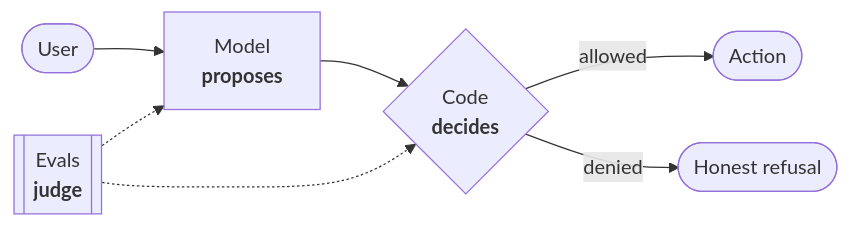
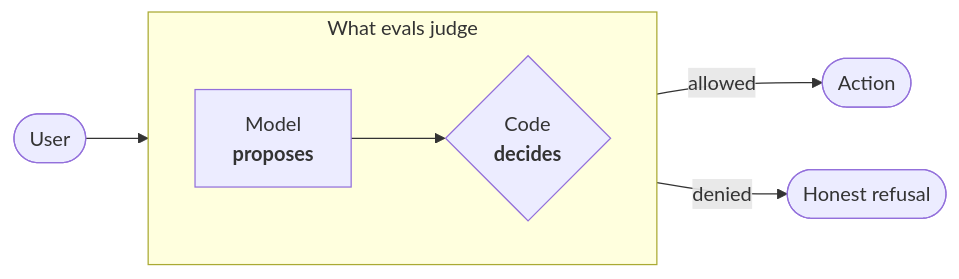
The diagram in README.md (gabrielroubiera/the-model-proposes), drawn with Mermaid before and after one commit. The commit also changed other lines of this file, not shown here.

````diff
--- a/README.md
+++ b/README.md
@@ -29,9 +42,10 @@
 ```mermaid
 flowchart LR
-    U([User]) --> M["Model<br/><b>proposes</b>"]
-    M --> C{"Code<br/><b>decides</b>"}
+    U([User]) --> M
+    subgraph S["What evals judge"]
+        direction LR
+        M["Model<br/><b>proposes</b>"] --> C{"Code<br/><b>decides</b>"}
+    end
     C -- allowed --> A([Action])
     C -- denied --> R([Honest refusal])
-    E[["Evals<br/><b>judge</b>"]] -.-> M
-    E -.-> C
 ```
````
